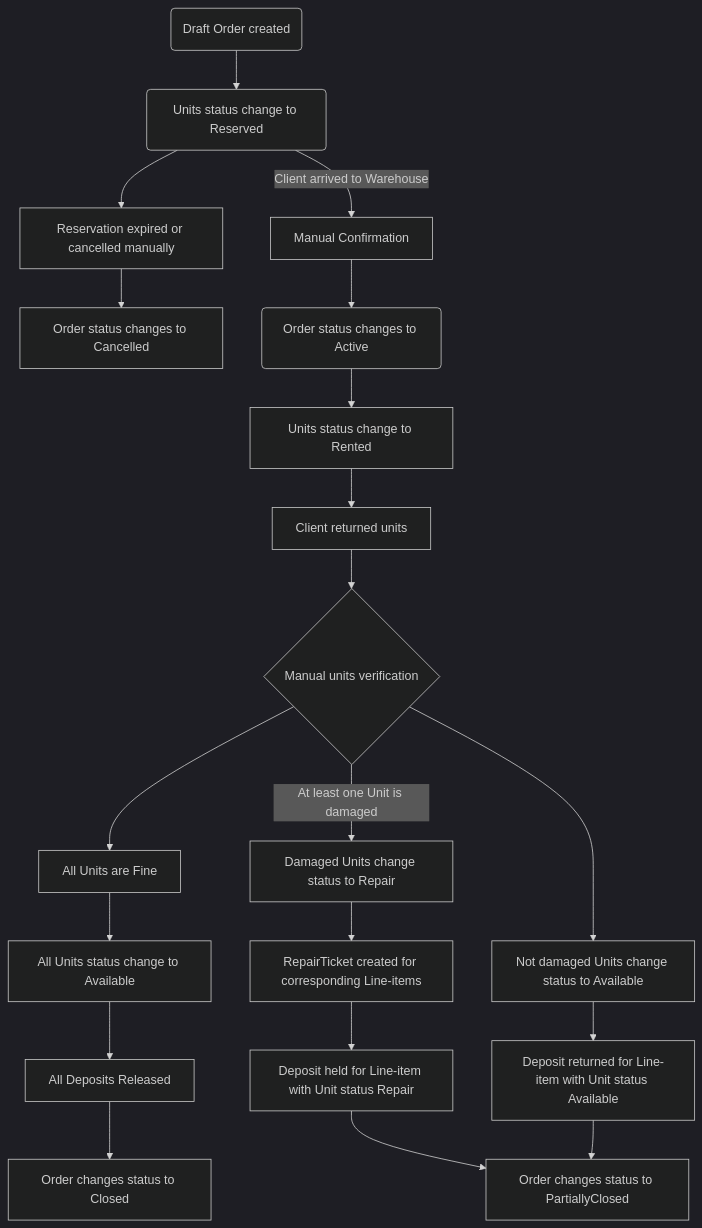
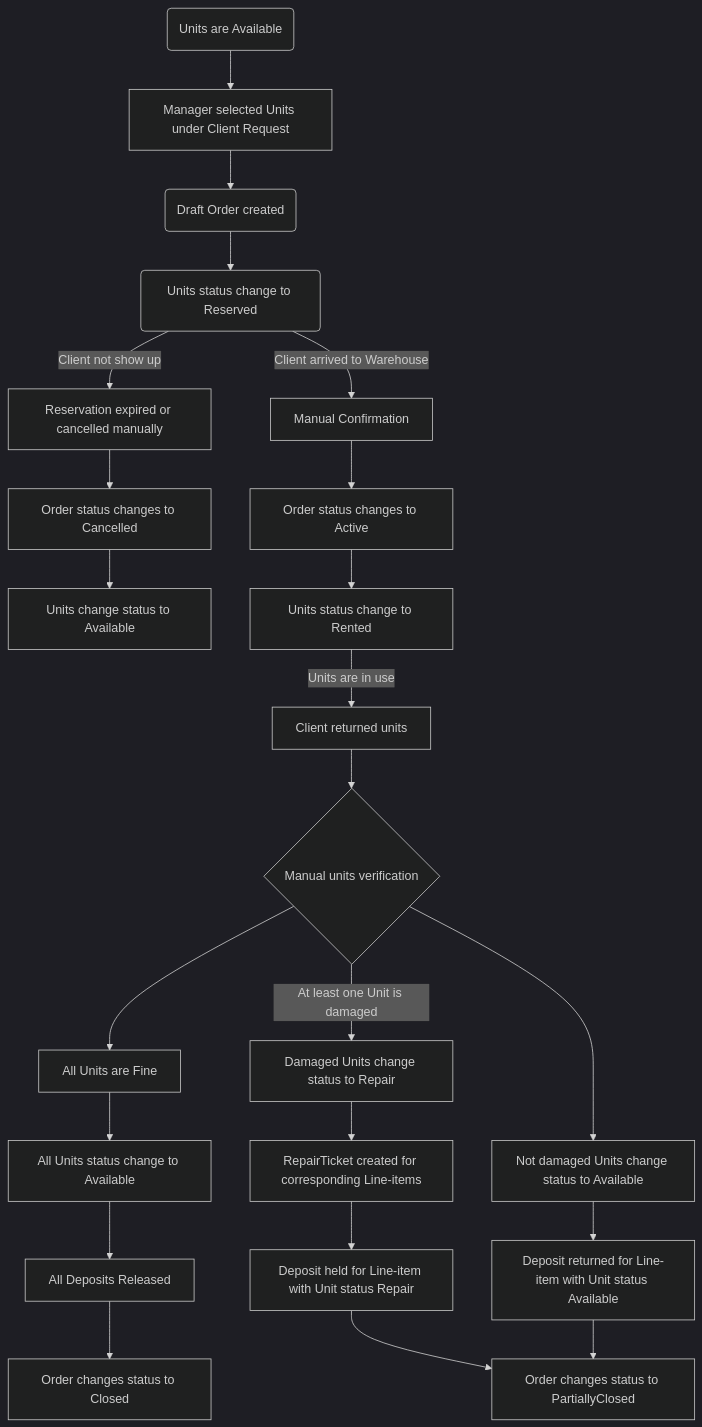
One commit to Diamko94/rentals1 changed the diagram in Flowchart.md. Above: the diagram before and after it, drawn with Mermaid (dark theme).

````diff
--- a/Flowchart.md
+++ b/Flowchart.md
@@ -1,30 +1,33 @@
 ```mermaid
 flowchart TD
 
     %% Бронироваие
-    A(Draft Order created) --> B(Units status change to Reserved)
+    A1(Units are Available) --> A2[Manager selected Units under Client Request]
+    A2 --> A(Draft Order created)
+    A --> B(Units status change to Reserved)
 
     %% Выдача
     B --> |Client arrived to Warehouse| I[Manual Confirmation]
-    B --> E[Reservation expired or cancelled manually]
+    B --> |Client not show up| E[Reservation expired or cancelled manually]
     E --> F[Order status changes to Cancelled]
-    I --> J(Order status changes to Active)
+    I --> J[Order status changes to Active]
+    F --> C[Units change status to Available]
+    J --> X[Units status change to Rented]
 
     %% Возврат
-    J --> X[Units status change to Rented]
-    X --> K[Client returned units]
+    X --> |Units are in use| K[Client returned units]
     K --> L{Manual units verification}
     L --> M[All Units are Fine] 
     M --> N[All Units status change to Available]
     L -->|At least one Unit is damaged| P[Damaged Units change status to Repair]
     P --> R[RepairTicket created for corresponding Line-items]
     L --> T[Not damaged Units change status to Available]
 
     %% Расчет
     N --> Q[All Deposits Released]
     Q --> V[Order changes status to Closed]
     R --> S[Deposit held for Line-item with Unit status Repair]
     T --> U[Deposit returned for Line-item with Unit status Available]
     S --> W[Order changes status to PartiallyClosed]
     U --> W[Order changes status to PartiallyClosed]
 ```
````
